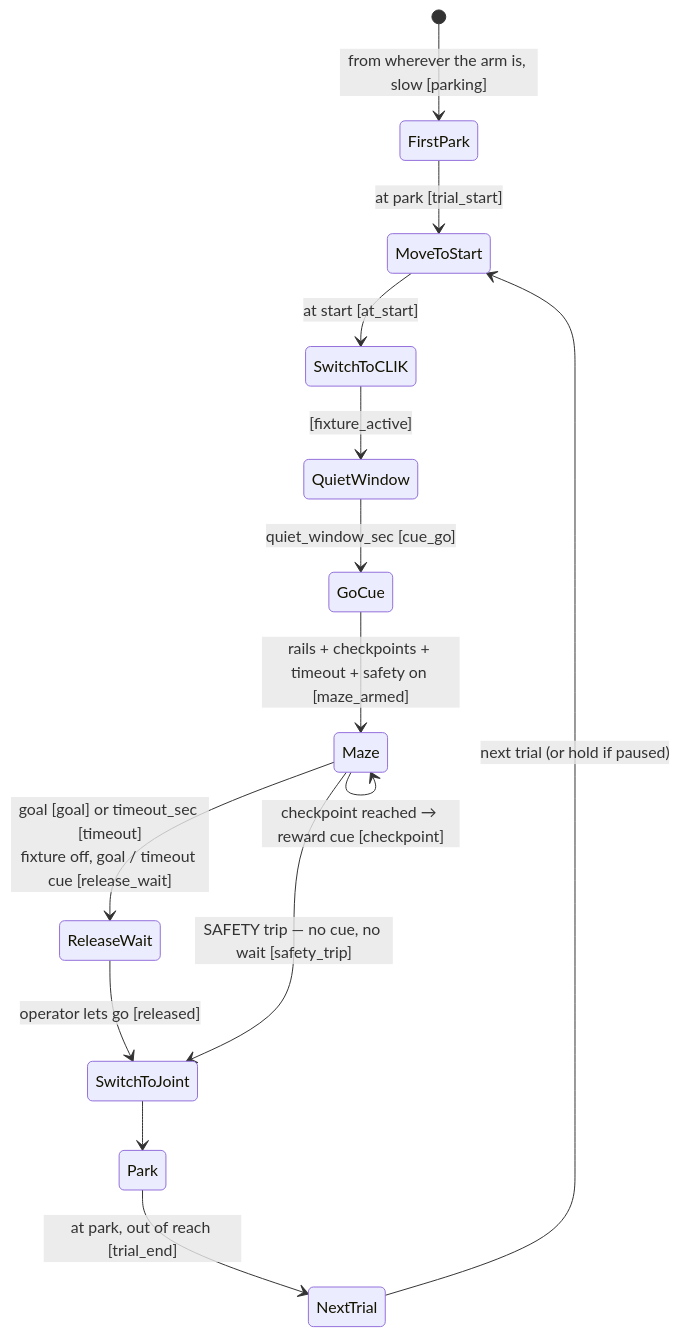
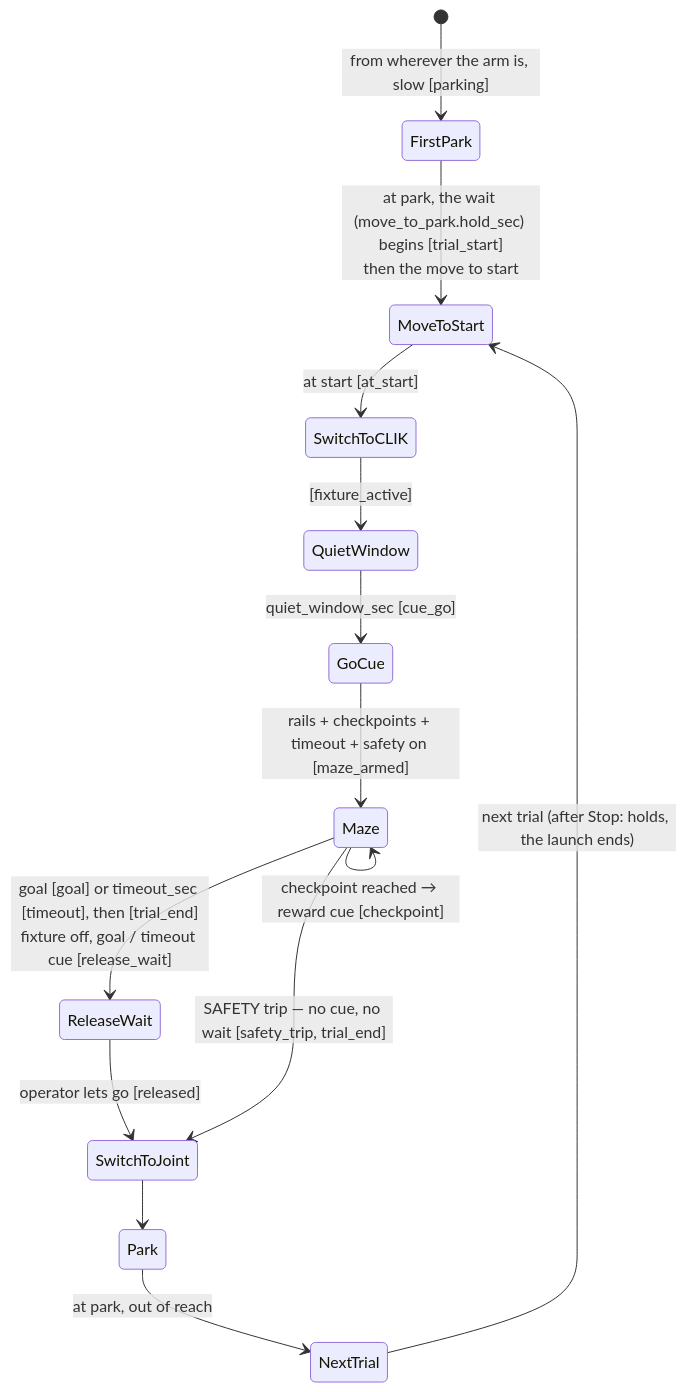
Before and after one commit to sinthlab/sinthlab-kuka-stack: the eighth of 9 diagrams in README.md, drawn with Mermaid. The commit also changed other lines of this file and 20 other files, not shown here.

Commit message:
change nsp sync trial start end

````diff
--- a/README.md
+++ b/README.md
@@ -1999,16 +1987,16 @@
 ```mermaid
 stateDiagram-v2
     [*] --> FirstPark : from wherever the arm is, slow [parking]
-    FirstPark --> MoveToStart : at park [trial_start]
+    FirstPark --> MoveToStart : at park, the wait (move_to_park.hold_sec) begins [trial_start]<br/>then the move to start
     MoveToStart --> SwitchToCLIK : at start [at_start]
     SwitchToCLIK --> QuietWindow : [fixture_active]
     QuietWindow --> GoCue : quiet_window_sec [cue_go]
     GoCue --> Maze : rails + checkpoints + timeout + safety on [maze_armed]
     Maze --> Maze : checkpoint reached → reward cue [checkpoint]
-    Maze --> ReleaseWait : goal [goal] or timeout_sec [timeout]<br/>fixture off, goal / timeout cue [release_wait]
+    Maze --> ReleaseWait : goal [goal] or timeout_sec [timeout], then [trial_end]<br/>fixture off, goal / timeout cue [release_wait]
     ReleaseWait --> SwitchToJoint : operator lets go [released]
-    Maze --> SwitchToJoint : SAFETY trip — no cue, no wait [safety_trip]
+    Maze --> SwitchToJoint : SAFETY trip — no cue, no wait [safety_trip, trial_end]
     SwitchToJoint --> Park
-    Park --> NextTrial : at park, out of reach [trial_end]
-    NextTrial --> MoveToStart : next trial (or hold if paused)
+    Park --> NextTrial : at park, out of reach
+    NextTrial --> MoveToStart : next trial (after Stop: holds, the launch ends)
 ```
````
